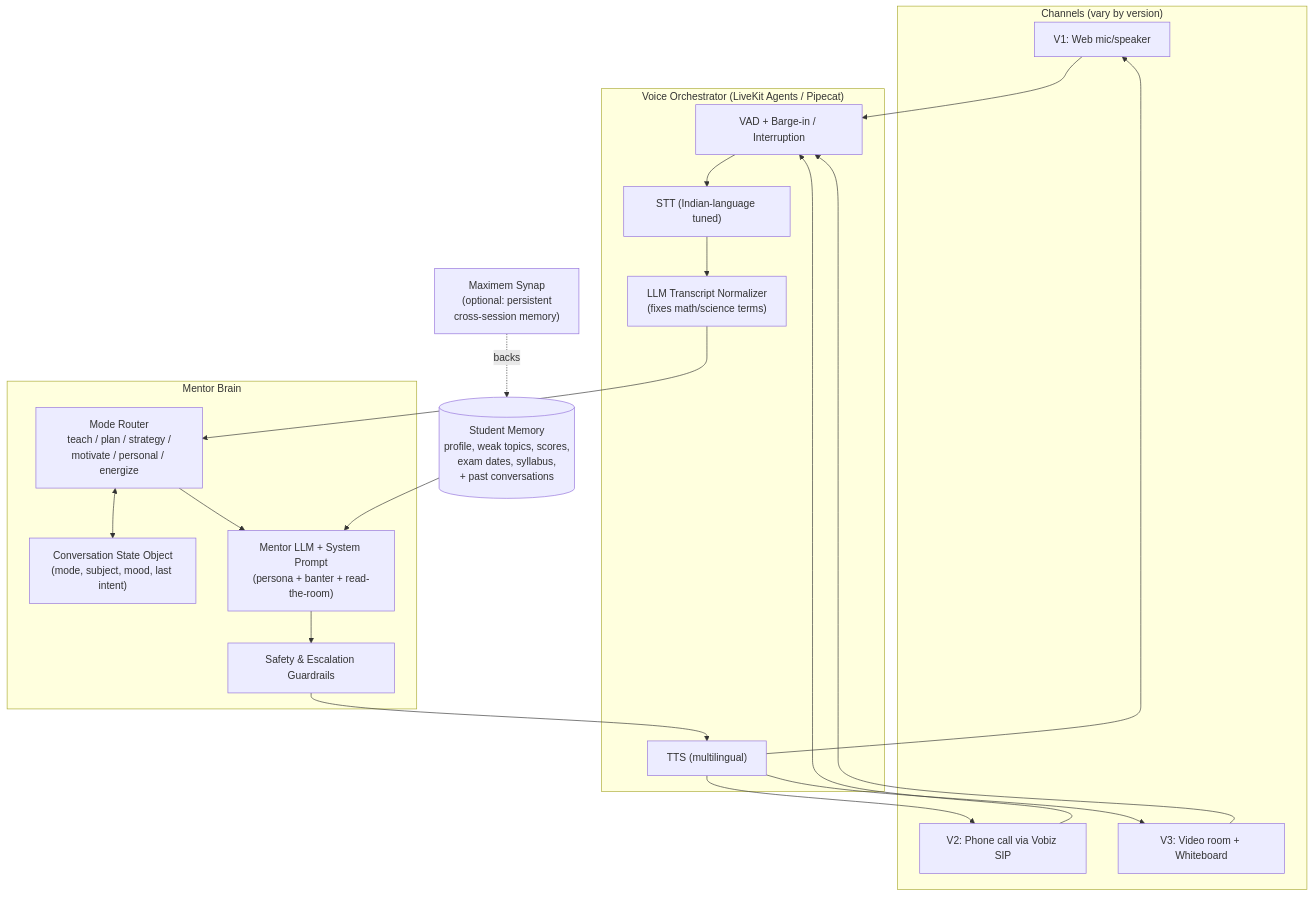
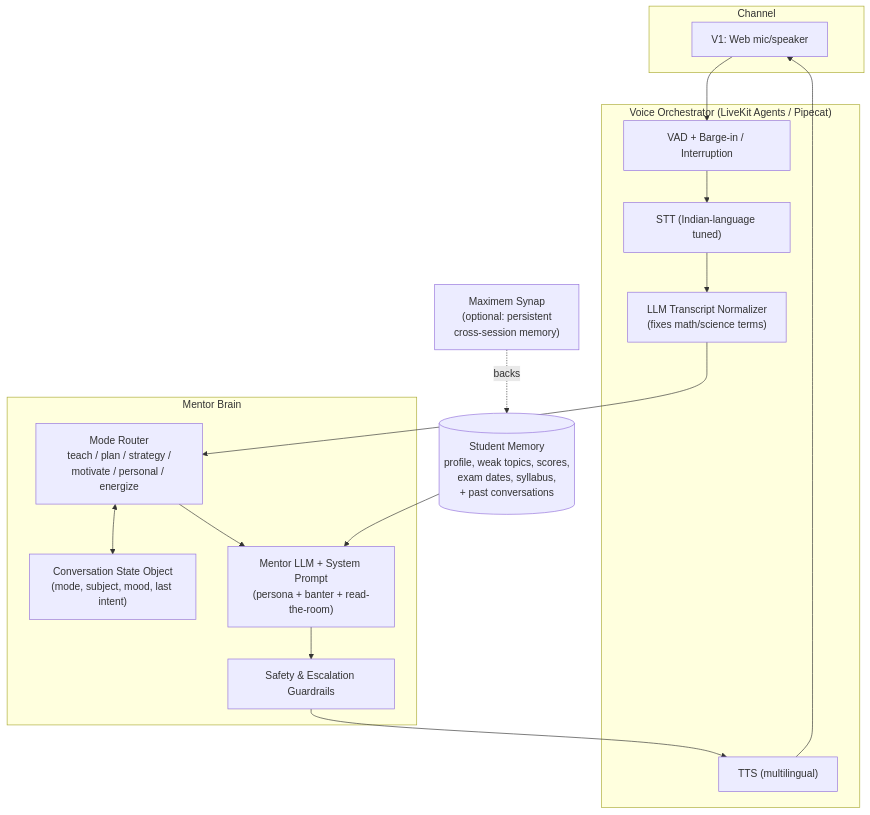
Before and after one commit to dhruv-doshi/haathi-mera-saathi: the first of 2 diagrams in docs/Saathi_PRD.md, drawn with Mermaid. The commit also changed other lines of this file and 6 other files, not shown here.

First line of the commit message:
docs: drop V2 (Vobiz phone) and V3 (whiteboard) from the plan

````diff
--- a/docs/Saathi_PRD.md
+++ b/docs/Saathi_PRD.md
@@ -78,38 +78,32 @@
 ```mermaid
 flowchart TB
-    subgraph Channels["Channels (vary by version)"]
+    subgraph Channels["Channel"]
         W["V1: Web mic/speaker"]
-        P["V2: Phone call via Vobiz SIP"]
-        V["V3: Video room + Whiteboard"]
     end
 
     subgraph Orchestrator["Voice Orchestrator (LiveKit Agents / Pipecat)"]
         VAD["VAD + Barge-in / Interruption"]
         STT["STT (Indian-language tuned)"]
         NORM["LLM Transcript Normalizer<br/>(fixes math/science terms)"]
         TTS["TTS (multilingual)"]
     end
 
     subgraph Brain["Mentor Brain"]
         ROUTER["Mode Router<br/>teach / plan / strategy /<br/>motivate / personal / energize"]
         STATE["Conversation State Object<br/>(mode, subject, mood, last intent)"]
         LLM["Mentor LLM + System Prompt<br/>(persona + banter + read-the-room)"]
         GUARD["Safety & Escalation Guardrails"]
     end
 
     MEM[("Student Memory<br/>profile, weak topics, scores,<br/>exam dates, syllabus,<br/>+ past conversations")]
     SYNAP["Maximem Synap<br/>(optional: persistent<br/>cross-session memory)"]
 
     W --> VAD
-    P --> VAD
-    V --> VAD
     VAD --> STT --> NORM --> ROUTER
     ROUTER <--> STATE
     ROUTER --> LLM
     MEM --> LLM
     SYNAP -. backs .-> MEM
     LLM --> GUARD --> TTS
     TTS --> W
-    TTS --> P
-    TTS --> V
 ```
````
